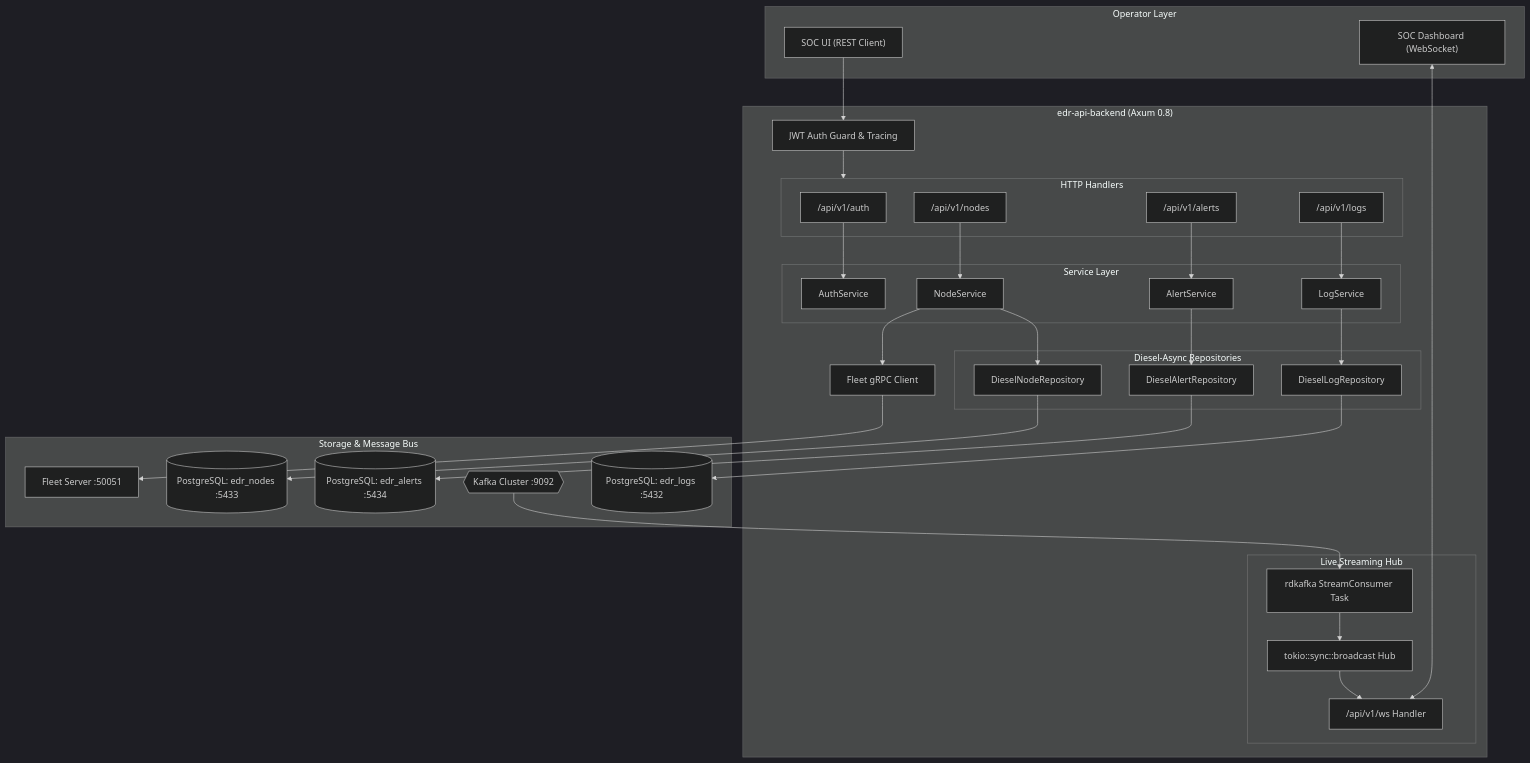
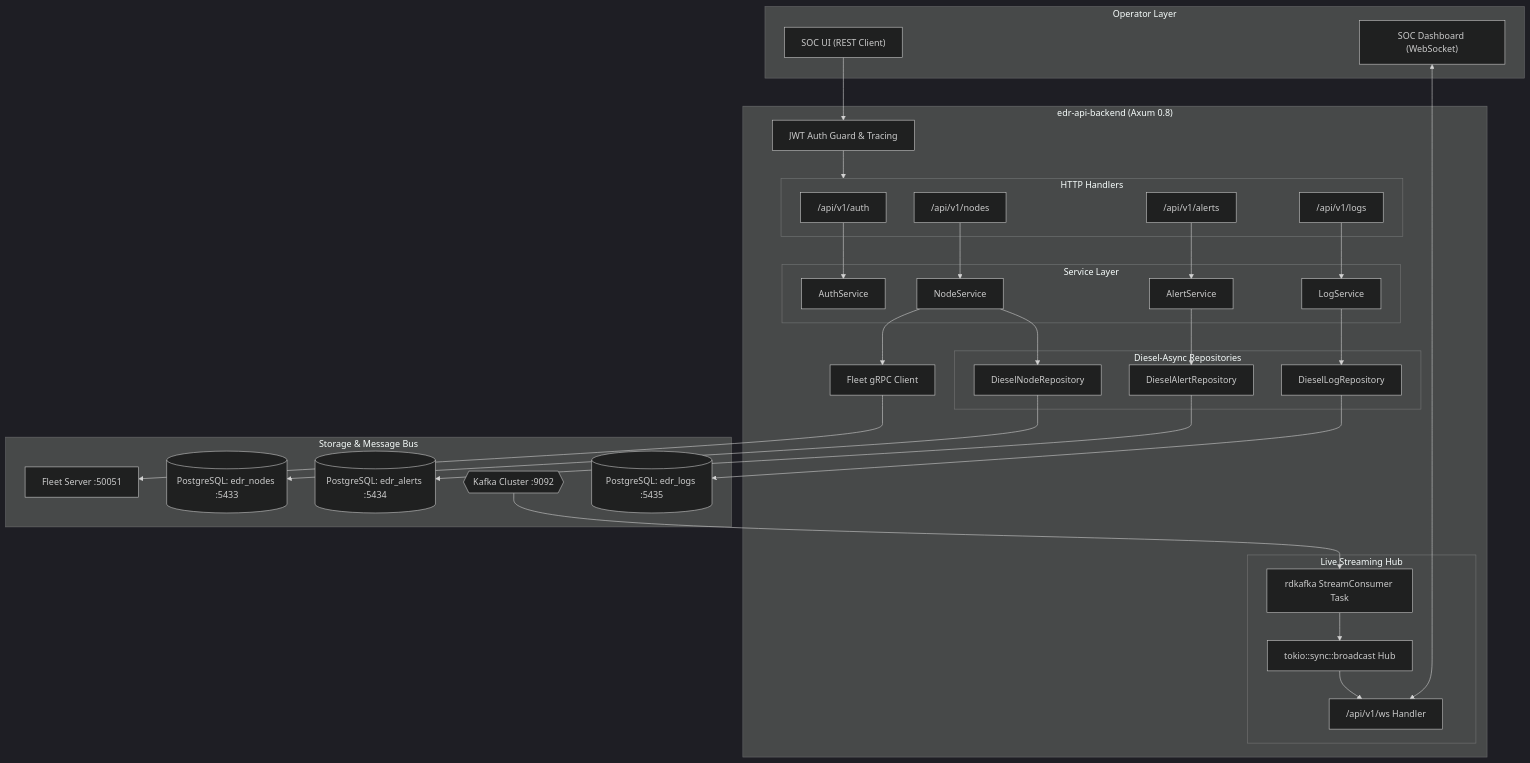
One commit to swar09/aigis-zero changed the diagram in api-backend/README.md. Above: the diagram before and after it, drawn with Mermaid (dark theme). The commit also changed other lines of this file and 38 other files, not shown here.

````diff
--- a/api-backend/README.md
+++ b/api-backend/README.md
@@ -26,69 +28,69 @@
 ```mermaid
 graph TB
     subgraph ClientLayer["Operator Layer"]
         UI_REST["SOC UI (REST Client)"]
         UI_WS["SOC Dashboard (WebSocket)"]
     end
 
     subgraph Backend["edr-api-backend (Axum 0.8)"]
         AuthMiddleware["JWT Auth Guard & Tracing"]
         
         subgraph Handlers["HTTP Handlers"]
             H_Auth["/api/v1/auth"]
             H_Nodes["/api/v1/nodes"]
             H_Alerts["/api/v1/alerts"]
             H_Logs["/api/v1/logs"]
         end
 
         subgraph Services["Service Layer"]
             S_Auth["AuthService"]
             S_Nodes["NodeService"]
             S_Alerts["AlertService"]
             S_Logs["LogService"]
         end
 
         subgraph Repositories["Diesel-Async Repositories"]
             R_Nodes["DieselNodeRepository"]
             R_Alerts["DieselAlertRepository"]
             R_Logs["DieselLogRepository"]
         end
 
         subgraph StreamingHub["Live Streaming Hub"]
             WSHub["/api/v1/ws Handler"]
             BroadcastChannel["tokio::sync::broadcast Hub"]
             KafkaWorker["rdkafka StreamConsumer Task"]
         end
 
         TonicClient["Fleet gRPC Client"]
     end
 
     subgraph Infrastructure["Storage & Message Bus"]
         DB_Nodes[("PostgreSQL: edr_nodes :5433")]
         DB_Alerts[("PostgreSQL: edr_alerts :5434")]
-        DB_Logs[("PostgreSQL: edr_logs :5432")]
+        DB_Logs[("PostgreSQL: edr_logs :5435")]
         KafkaCluster{{"Kafka Cluster :9092"}}
         FleetServer["Fleet Server :50051"]
     end
 
     UI_REST --> AuthMiddleware
     AuthMiddleware --> Handlers
     H_Auth --> S_Auth
     H_Nodes --> S_Nodes
     H_Alerts --> S_Alerts
     H_Logs --> S_Logs
 
     S_Nodes --> R_Nodes
     S_Nodes --> TonicClient
     S_Alerts --> R_Alerts
     S_Logs --> R_Logs
 
     R_Nodes --> DB_Nodes
     R_Alerts --> DB_Alerts
     R_Logs --> DB_Logs
 
     TonicClient --> FleetServer
     KafkaCluster --> KafkaWorker
     KafkaWorker --> BroadcastChannel
     BroadcastChannel --> WSHub
     UI_WS <--> WSHub
 ```
````
